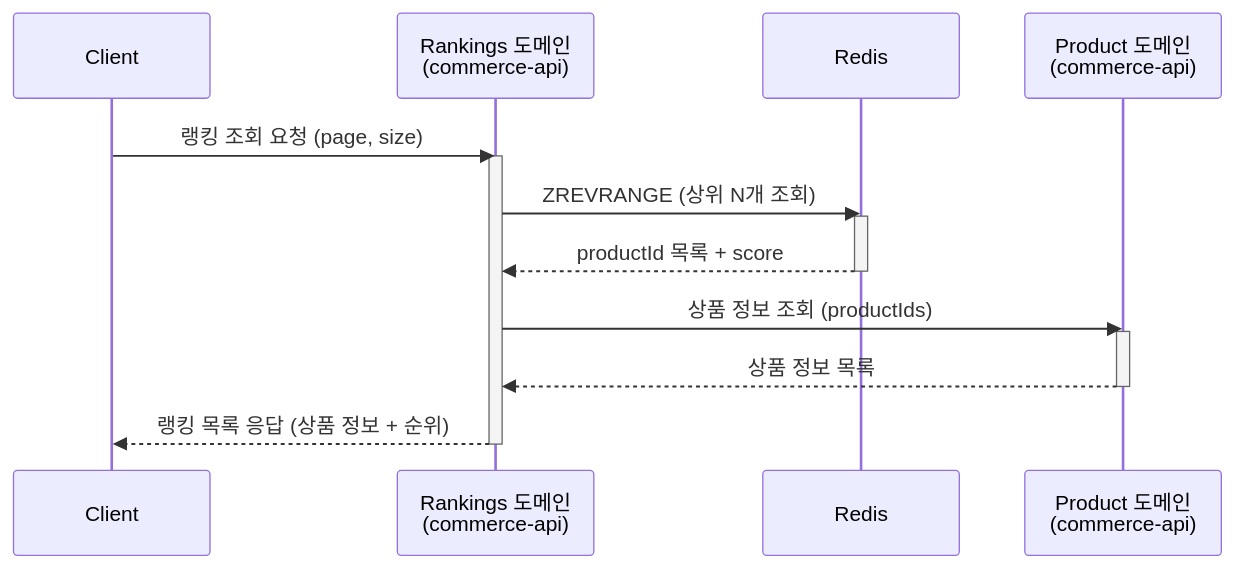
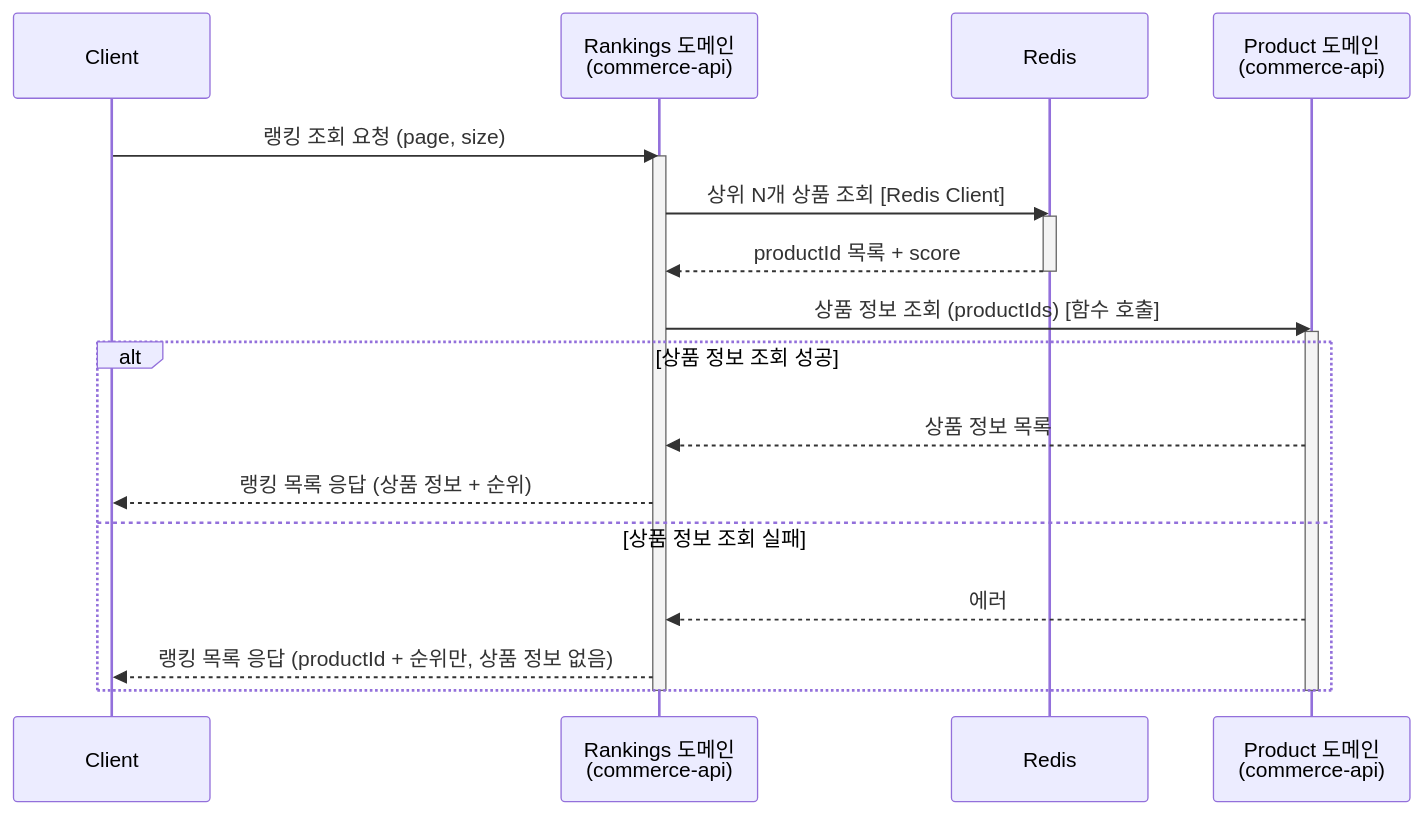
The third of 5 diagrams in docs/week9/solution-design-ranking-system.md (Loopers-dev-lab/loopers-spring-kotlin-template), drawn with Mermaid before and after one commit. The commit also changed other lines of this file and 5 other files, not shown here.

````diff
--- a/docs/week9/solution-design-ranking-system.md
+++ b/docs/week9/solution-design-ranking-system.md
@@ -215,23 +195,28 @@
 ```mermaid
 sequenceDiagram
     participant C as Client
     participant RS as Rankings 도메인<br/>(commerce-api)
     participant R as Redis
     participant PS as Product 도메인<br/>(commerce-api)
 
     C->>RS: 랭킹 조회 요청 (page, size)
     activate RS
     
-    RS->>R: ZREVRANGE (상위 N개 조회)
+    RS->>R: 상위 N개 상품 조회 [Redis Client]
     activate R
     R-->>RS: productId 목록 + score
     deactivate R
     
-    RS->>PS: 상품 정보 조회 (productIds)
+    RS->>PS: 상품 정보 조회 (productIds) [함수 호출]
     activate PS
-    PS-->>RS: 상품 정보 목록
+    
+    alt 상품 정보 조회 성공
+        PS-->>RS: 상품 정보 목록
+        RS-->>C: 랭킹 목록 응답 (상품 정보 + 순위)
+    else 상품 정보 조회 실패
+        PS-->>RS: 에러
+        RS-->>C: 랭킹 목록 응답 (productId + 순위만, 상품 정보 없음)
+    end
     deactivate PS
-    
-    RS-->>C: 랭킹 목록 응답 (상품 정보 + 순위)
     deactivate RS
 ```
````
